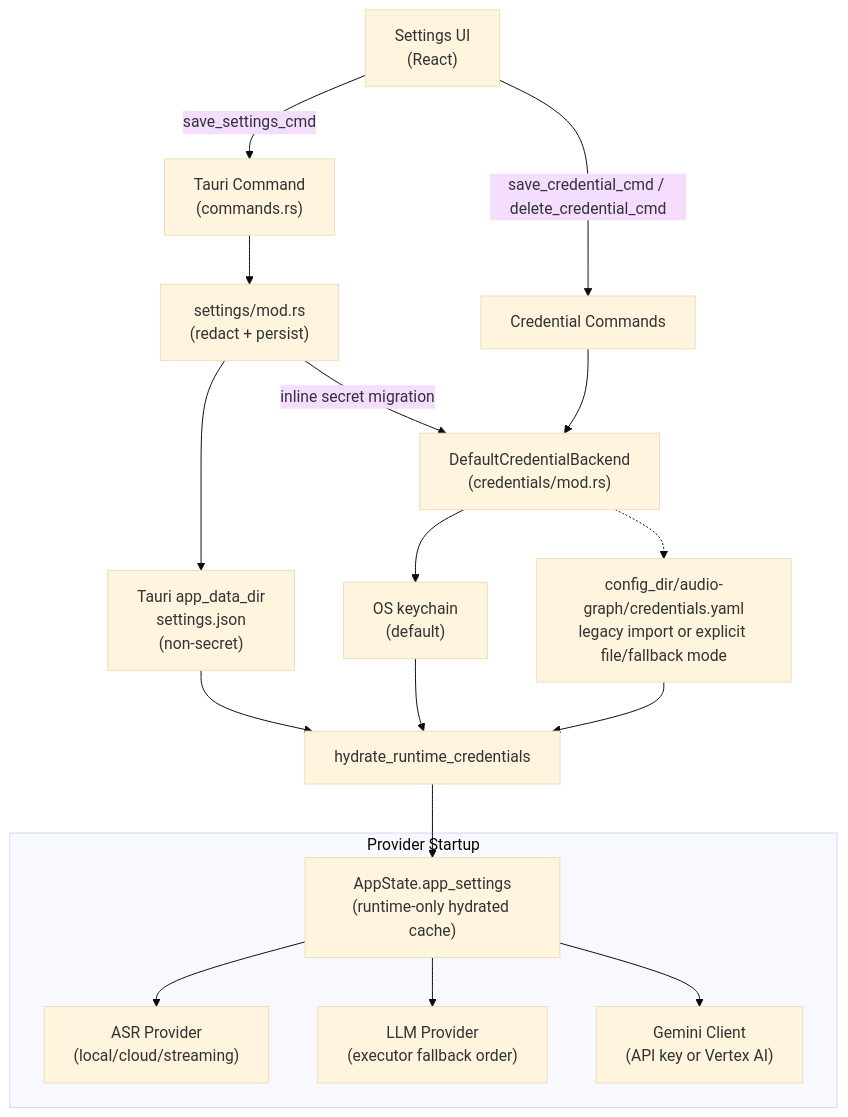
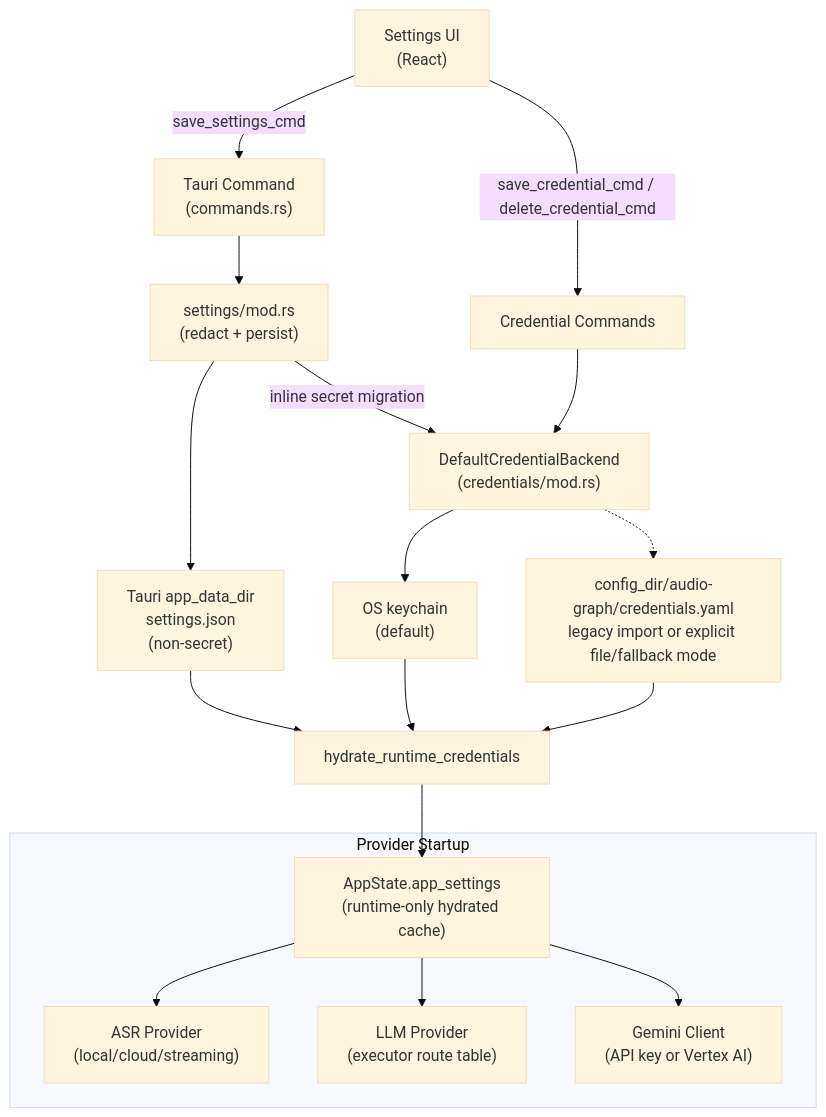
One commit to Codeseys-Labs/audio-graph changed diagram 11 of 12 in docs/ARCHITECTURE.md. Above: the diagram before and after it, drawn with Mermaid (base theme). The commit also changed other lines of this file and 26 other files, not shown here.

````diff
--- a/docs/ARCHITECTURE.md
+++ b/docs/ARCHITECTURE.md
@@ -1056,23 +1055,23 @@
 ```mermaid
 flowchart TD
     UI["Settings UI<br/>(React)"] -->|"save_settings_cmd"| CMD["Tauri Command<br/>(commands.rs)"]
     UI -->|"save_credential_cmd / delete_credential_cmd"| CREDCMD["Credential Commands"]
 
     CMD --> SETTINGS["settings/mod.rs<br/>(redact + persist)"]
     SETTINGS --> JSON["Tauri app_data_dir<br/>settings.json<br/>(non-secret)"]
     SETTINGS -->|"inline secret migration"| CRED["DefaultCredentialBackend<br/>(credentials/mod.rs)"]
     CREDCMD --> CRED
     CRED --> KEYCHAIN["OS keychain<br/>(default)"]
     CRED -.-> YAML["config_dir/audio-graph/credentials.yaml<br/>legacy import or explicit file/fallback mode"]
 
     JSON --> HYDRATE["hydrate_runtime_credentials"]
     KEYCHAIN --> HYDRATE
     YAML --> HYDRATE
     HYDRATE --> STATE["AppState.app_settings<br/>(runtime-only hydrated cache)"]
 
     subgraph PROVIDERS["Provider Startup"]
         STATE --> ASR_P["ASR Provider<br/>(local/cloud/streaming)"]
-        STATE --> LLM_P["LLM Provider<br/>(executor fallback order)"]
+        STATE --> LLM_P["LLM Provider<br/>(executor route table)"]
         STATE --> GEM_P["Gemini Client<br/>(API key or Vertex AI)"]
     end
 ```
````
